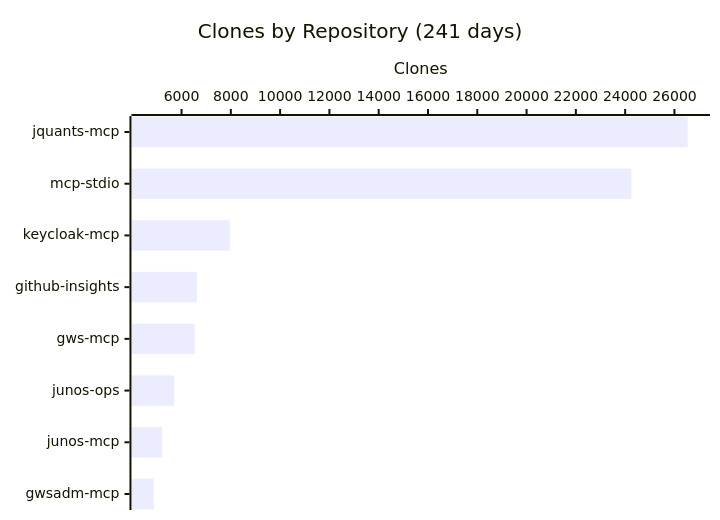
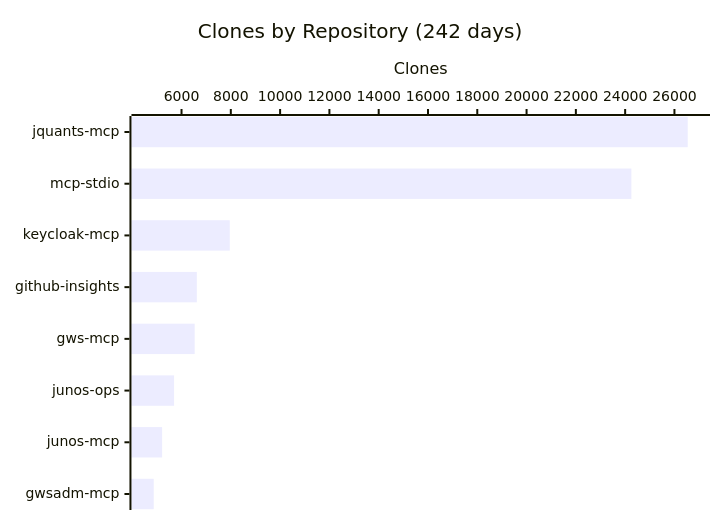
One commit to shigechika/github-insights changed the fourth of 4 diagrams in README.md. Above: the diagram before and after it, drawn with Mermaid. The commit also changed other lines of this file and 1 other file, not shown here.

````diff
--- a/README.md
+++ b/README.md
@@ -58,7 +58,7 @@
 ```mermaid
 xychart-beta horizontal
-    title "Clones by Repository (241 days)"
+    title "Clones by Repository (242 days)"
     x-axis ["jquants-mcp", "mcp-stdio", "keycloak-mcp", "github-insights", "gws-mcp", "junos-ops", "junos-mcp", "gwsadm-mcp"]
     y-axis "Clones"
     bar [26539, 24253, 7957, 6620, 6534, 5698, 5212, 4872]
 ```
````
